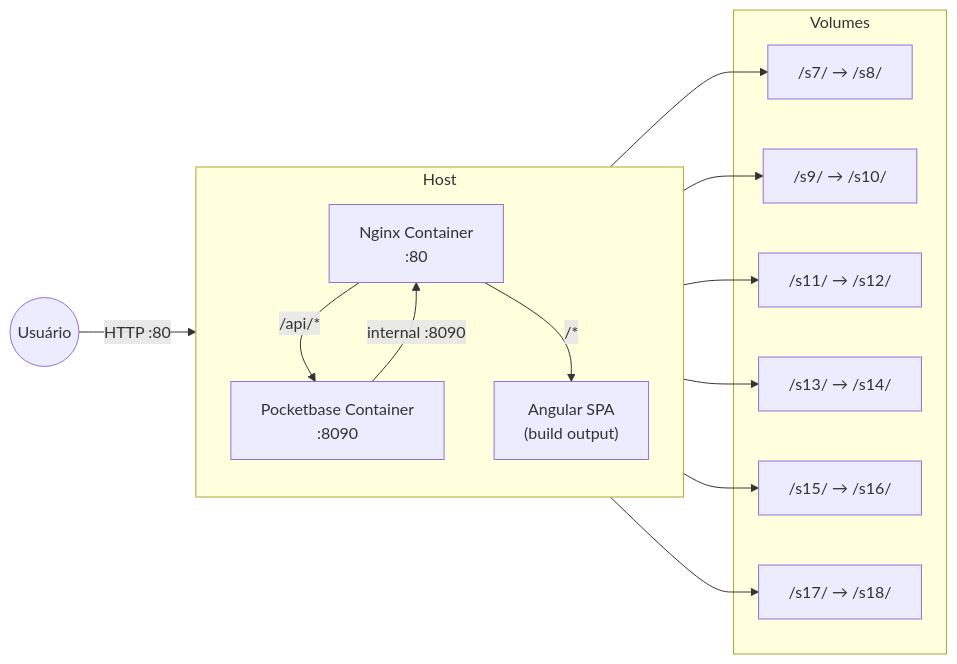
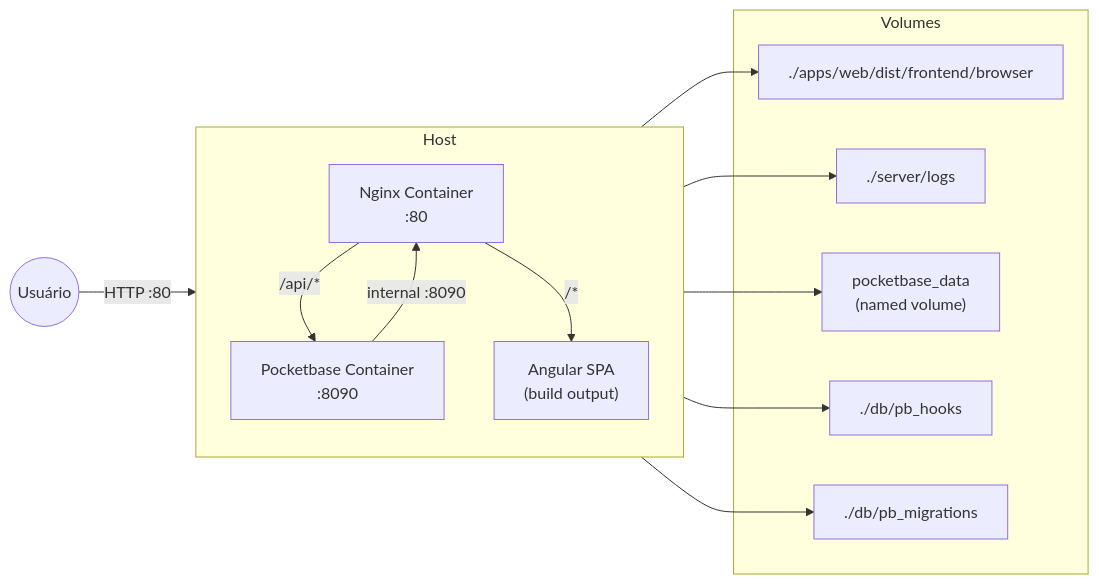
Before and after one commit to SamuelPatrickMeneses/com-quem-seraa: the second of 2 diagrams in docs/sdd.md, drawn with Mermaid. The commit also changed other lines of this file and 16 other files, not shown here.

````diff
--- a/docs/sdd.md
+++ b/docs/sdd.md
@@ -267,31 +272,29 @@
 ```mermaid
 flowchart LR
     subgraph Host
         direction TB
         N[Nginx Container<br>:80]
         PB[Pocketbase Container<br>:8090]
         ANG["Angular SPA<br>(build output)"]
     end
     
     subgraph Volumes
-        V1["/s7/ → /s8/"]
-        V2["/s9/ → /s10/"]
-        V3["/s11/ → /s12/"]
-        V4["/s13/ → /s14/"]
-        V5["/s15/ → /s16/"]
-        V6["/s17/ → /s18/"]
+        V1["./apps/web/dist/frontend/browser"]
+        V2["./server/logs"]
+        V3["pocketbase_data<br>(named volume)"]
+        V4["./db/pb_hooks"]
+        V5["./db/pb_migrations"]
     end
     
     N --> V1
     N --> V2
     PB --> V3
     PB --> V4
     PB --> V5
-    PB --> V6
     
     User((Usuário)) -->|HTTP :80| N
     N -->|"/api/*"| PB
     N -->|"/*"| ANG
     
     PB -->|"internal :8090"| N
 ```
````
